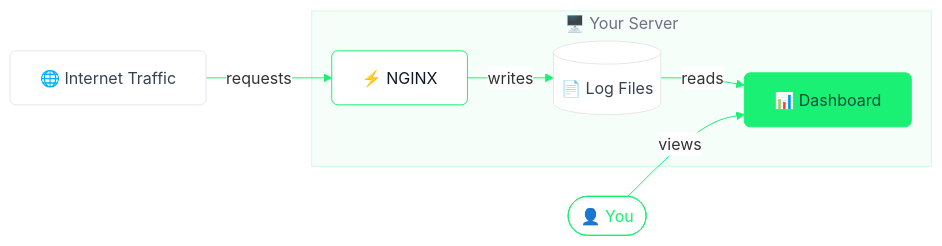
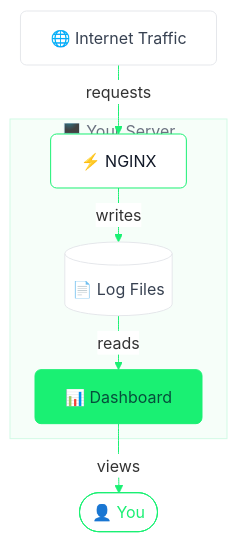
Before and after one commit to tom-draper/nginx-analytics: the diagram in README.md, drawn with Mermaid.

Commit message:
docs: tweak mermaid diagram

````diff
--- a/README.md
+++ b/README.md
@@ -19,19 +19,19 @@
 ```mermaid
-%%{init: {'theme': 'base', 'themeVariables': {'lineColor': '#1af073', 'clusterBkg': '#f6fef9', 'clusterBorder': '#d1fae5', 'edgeLabelBackground': '#ffffff'}, 'flowchart': {'nodeSpacing': 40, 'rankSpacing': 40, 'diagramPadding': 8}}}%%
-flowchart LR
+%%{init: {'theme': 'base', 'themeVariables': {'lineColor': '#1af073', 'clusterBkg': '#f6fef9', 'clusterBorder': '#d1fae5', 'edgeLabelBackground': '#ffffff'}, 'flowchart': {'nodeSpacing': 30, 'rankSpacing': 30, 'diagramPadding': 8}}}%%
+flowchart TD
     Traffic["🌐  Internet Traffic"] -->|requests| NGINX
 
     subgraph Server["🖥️  Your Server"]
         NGINX["⚡ NGINX"] -->|writes| Logs[("📄 Log Files")]
         Logs -->|reads| Dashboard["📊 Dashboard"]
     end
 
-    You(["👤 You"]) -->|views| Dashboard
+    Dashboard -->|views| You(["👤 You"])
 
     style Traffic   fill:#ffffff,stroke:#e5e7eb,color:#374151,rx:6,ry:6
     style NGINX     fill:#ffffff,stroke:#1af073,color:#111827,rx:6,ry:6
     style Logs      fill:#ffffff,stroke:#e5e7eb,color:#374151,rx:6,ry:6
     style Dashboard fill:#1af073,stroke:#1af073,color:#064e3b,rx:6,ry:6
     style You       fill:#ffffff,stroke:#1af073,color:#1af073,rx:6,ry:6
     style Server    fill:#f6fef9,stroke:#d1fae5,color:#6b7280
 ```
````
